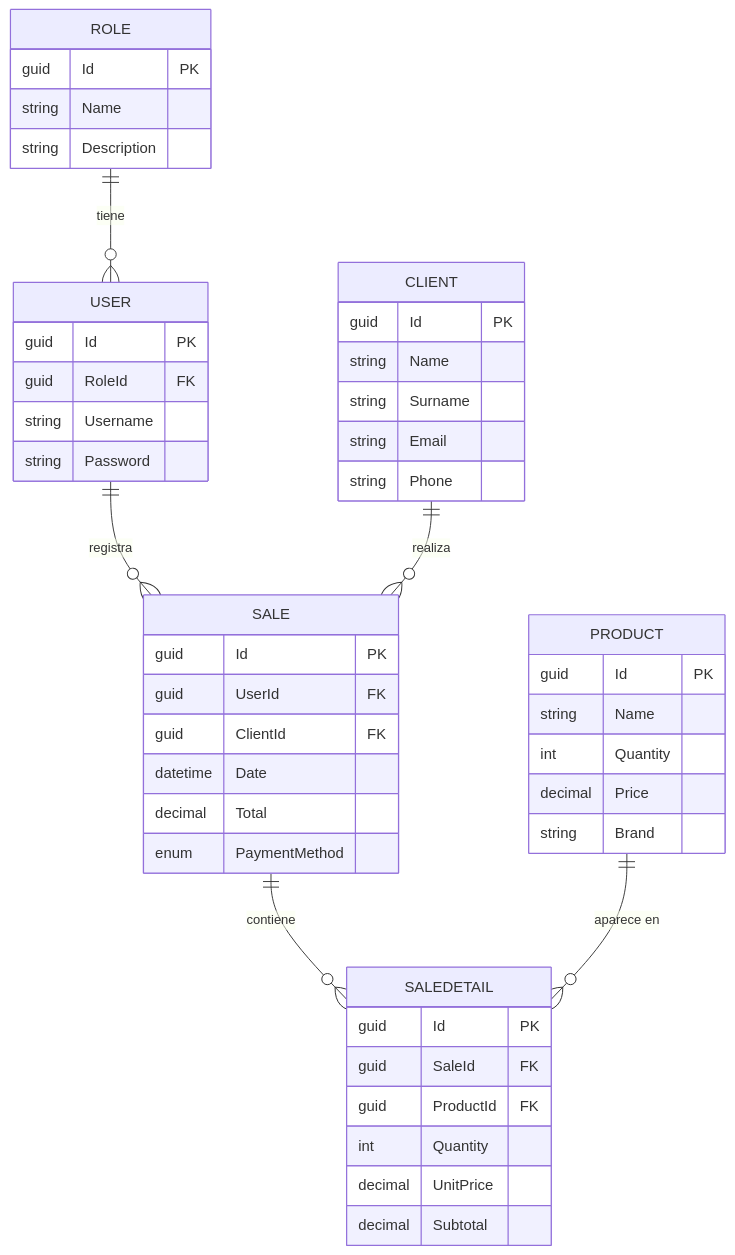
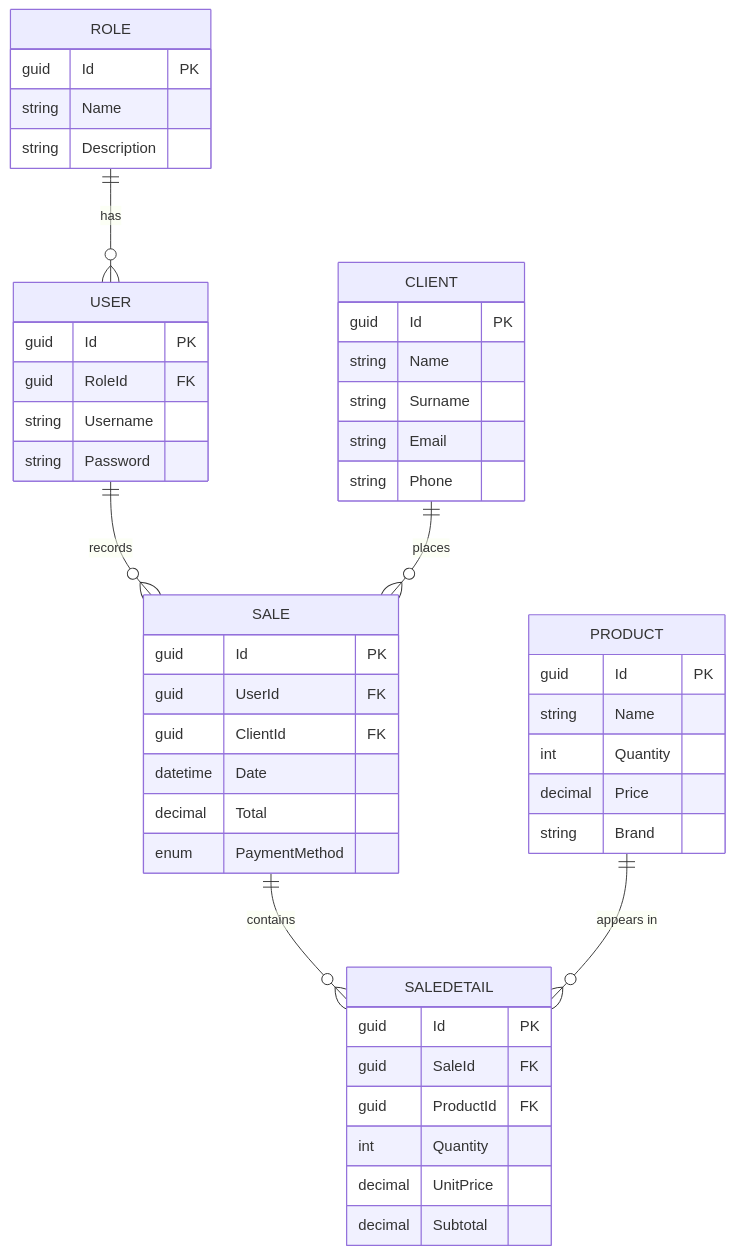
Before and after one commit to Mirandaaca/store-api-dotnet10: the diagram in README.md, drawn with Mermaid. The commit also changed other lines of this file, not shown here.

````diff
--- a/README.md
+++ b/README.md
@@ -81,50 +81,50 @@
 ```mermaid
 erDiagram
-    ROLE ||--o{ USER : "tiene"
-    USER ||--o{ SALE : "registra"
-    CLIENT ||--o{ SALE : "realiza"
-    SALE ||--o{ SALEDETAIL : "contiene"
-    PRODUCT ||--o{ SALEDETAIL : "aparece en"
+    ROLE ||--o{ USER : "has"
+    USER ||--o{ SALE : "records"
+    CLIENT ||--o{ SALE : "places"
+    SALE ||--o{ SALEDETAIL : "contains"
+    PRODUCT ||--o{ SALEDETAIL : "appears in"
 
     ROLE {
         guid Id PK
         string Name
         string Description
     }
     USER {
         guid Id PK
         guid RoleId FK
         string Username
         string Password
     }
     CLIENT {
         guid Id PK
         string Name
         string Surname
         string Email
         string Phone
     }
     PRODUCT {
         guid Id PK
         string Name
         int Quantity
         decimal Price
         string Brand
     }
     SALE {
         guid Id PK
         guid UserId FK
         guid ClientId FK
         datetime Date
         decimal Total
         enum PaymentMethod
     }
     SALEDETAIL {
         guid Id PK
         guid SaleId FK
         guid ProductId FK
         int Quantity
         decimal UnitPrice
         decimal Subtotal
     }
 ```
````
